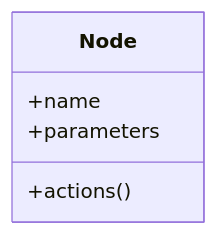
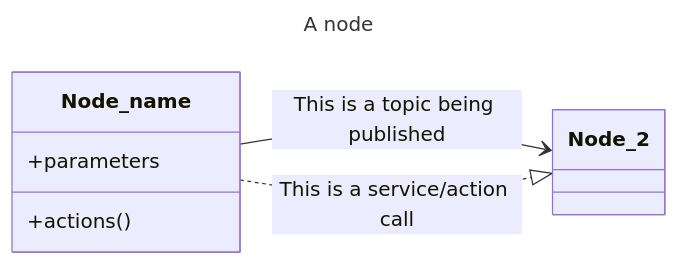
One commit to PYBrulin/axone changed the first of 5 diagrams in README.md. Above: the diagram before and after it, drawn with Mermaid. The commit also changed other lines of this file, not shown here.

Commit message:
Add network configuration file support and updatecommunication diagrams

````diff
--- a/README.md
+++ b/README.md
@@ -47,8 +29,16 @@
 ```mermaid
+---
+title: A node
+---
 classDiagram
-    class Node{
-        +name
+    direction LR
+    class Node_name{
         +parameters
         +actions()
     }
+    class Node_2{
+    }
+
+    Node_name --> Node_2 : This is a topic being published
+    Node_name ..|> Node_2 : This is a service/action call
 ```
````
